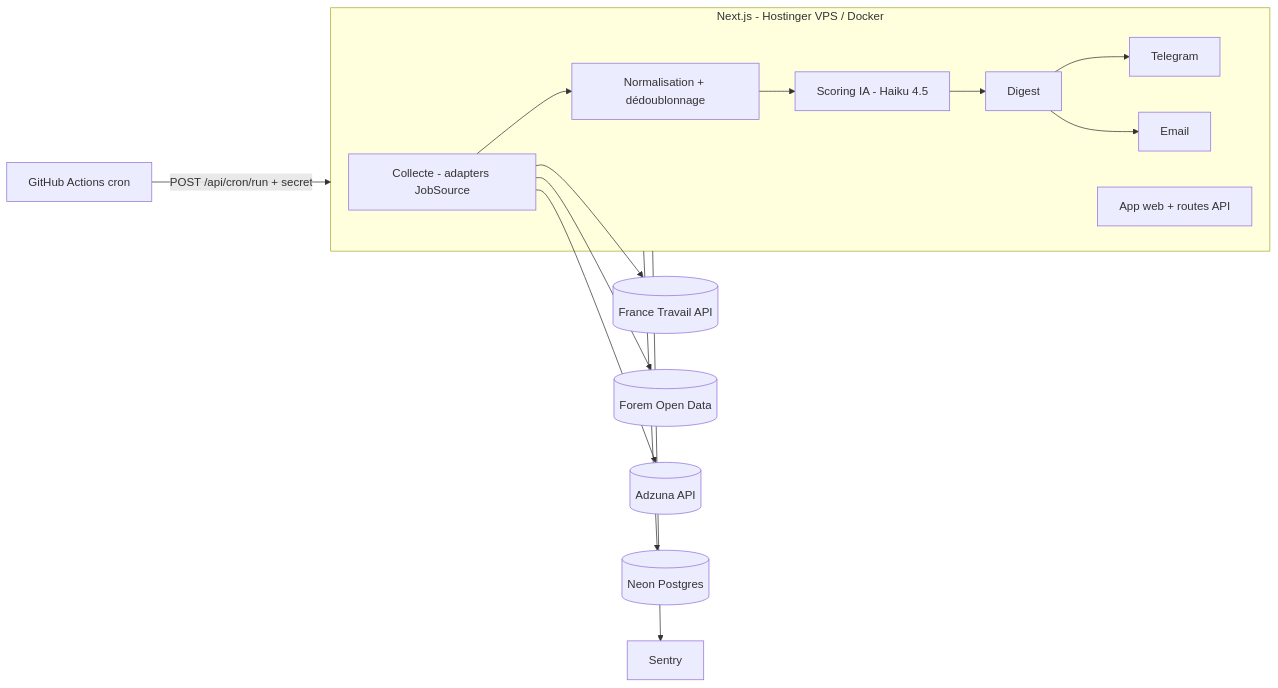
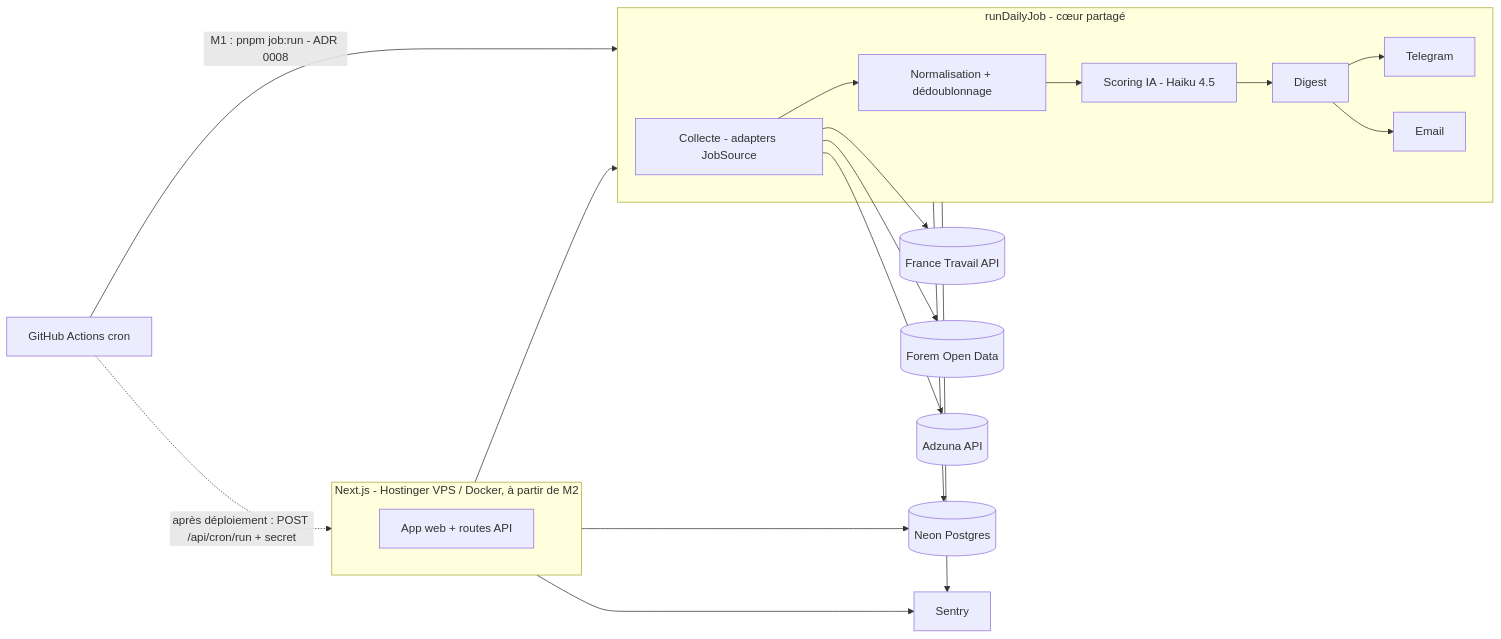
The diagram in docs/ARCHITECTURE.md (KwasiEzor/trouvio), drawn with Mermaid before and after one commit. The commit also changed other lines of this file and 16 other files, not shown here.

````diff
--- a/docs/ARCHITECTURE.md
+++ b/docs/ARCHITECTURE.md
@@ -4,17 +4,23 @@
 ```mermaid
 flowchart LR
-  GH[GitHub Actions cron] -->|POST /api/cron/run + secret| APP
-  subgraph APP[Next.js - Hostinger VPS / Docker]
+  GH[GitHub Actions cron] -->|M1 : pnpm job:run - ADR 0008| JOB
+  GH -.->|après déploiement : POST /api/cron/run + secret| APP
+  subgraph JOB[runDailyJob - cœur partagé]
     C[Collecte - adapters JobSource] --> N[Normalisation + dédoublonnage]
     N --> S[Scoring IA - Haiku 4.5]
     S --> D[Digest]
     D --> T[Telegram]
     D --> E[Email]
+  end
+  subgraph APP[Next.js - Hostinger VPS / Docker, à partir de M2]
     UI[App web + routes API]
   end
+  APP --> JOB
   C --> FT[(France Travail API)]
   C --> FO[(Forem Open Data)]
   C --> AZ[(Adzuna API)]
-  APP --> DB[(Neon Postgres)]
-  APP --> SEN[Sentry]
+  JOB --> DB[(Neon Postgres)]
+  APP --> DB
+  JOB --> SEN[Sentry]
+  APP --> SEN
 ```
````
